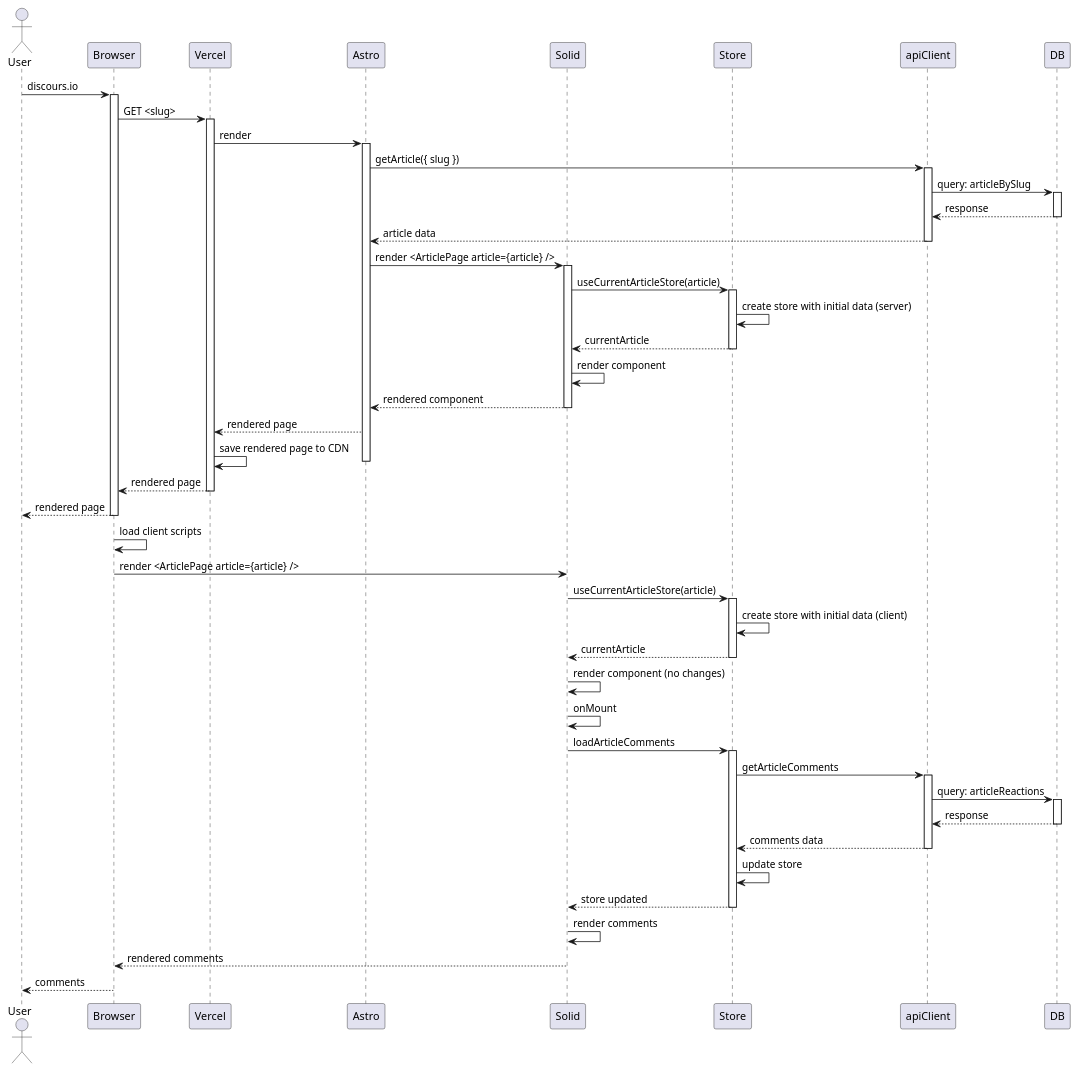
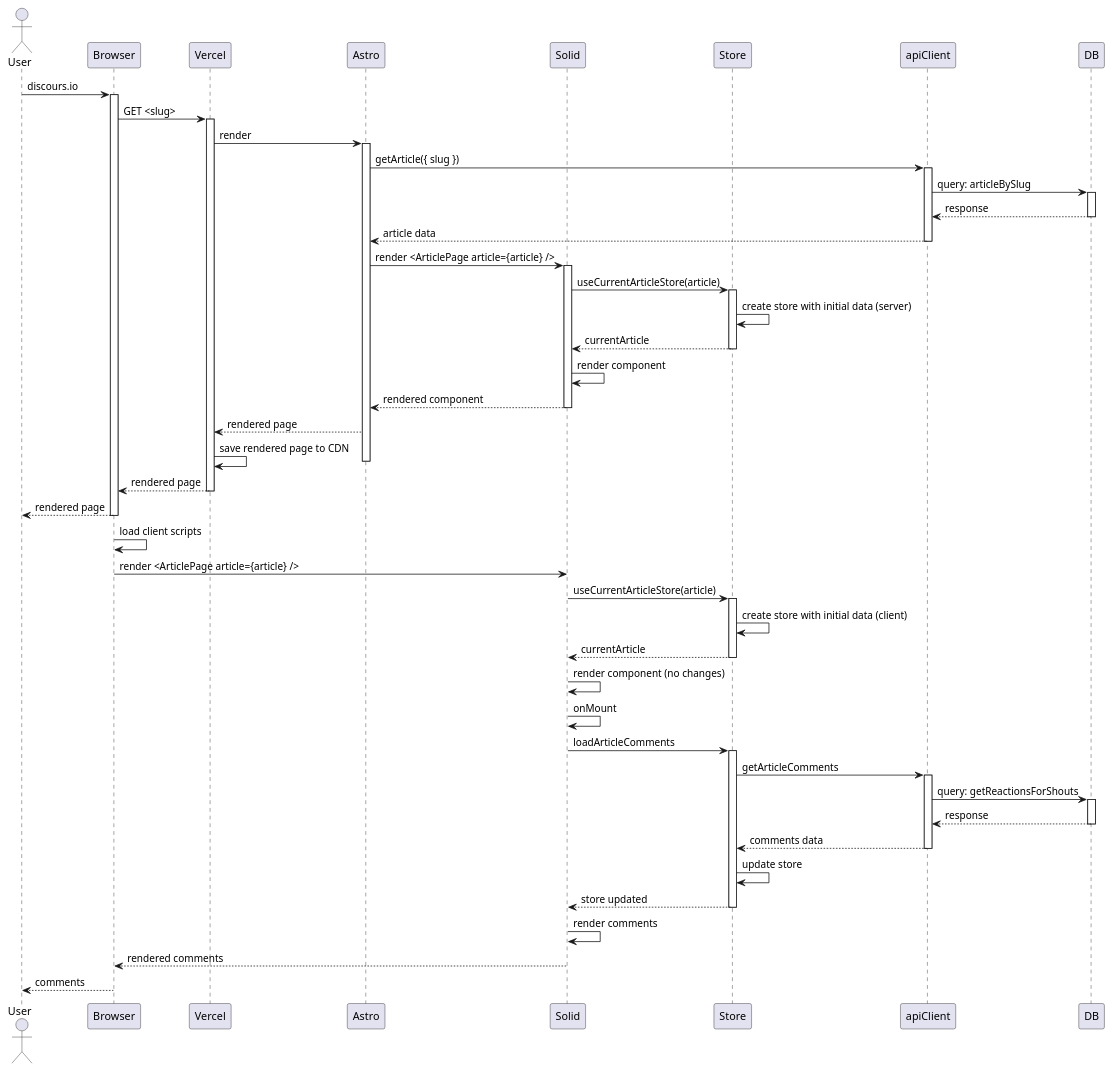
One commit to Discours/discoursio-webapp changed the diagram in docs/article.puml. Above: the diagram before and after it, drawn with PlantUML. The commit also changed 5 other files, not shown here.

```diff
--- a/docs/article.puml
+++ b/docs/article.puml
@@ -1,65 +1,65 @@
 @startuml
 actor User
 participant Browser
 participant Vercel
 participant Astro
 participant Solid
 participant Store
 
 User -> Browser: discours.io
 activate Browser
 Browser -> Vercel: GET <slug>
 activate Vercel
 Vercel -> Astro: render
 activate Astro
 Astro -> apiClient: getArticle({ slug })
 activate apiClient
 apiClient -> DB: query: articleBySlug
 activate DB
 DB --> apiClient: response
 deactivate DB
 apiClient --> Astro: article data
 deactivate apiClient
 Astro -> Solid: render <ArticlePage article={article} />
 activate Solid
 Solid -> Store: useCurrentArticleStore(article)
 activate Store
 Store -> Store: create store with initial data (server)
 Store --> Solid: currentArticle
 deactivate Store
 Solid -> Solid: render component
 Solid --> Astro: rendered component
 deactivate Solid
 Astro --> Vercel: rendered page
 Vercel -> Vercel: save rendered page to CDN
 deactivate Astro
 Vercel --> Browser: rendered page
 deactivate Vercel
 Browser --> User: rendered page
 deactivate Browser
 Browser -> Browser: load client scripts
 Browser -> Solid: render <ArticlePage article={article} />
 Solid -> Store: useCurrentArticleStore(article)
 activate Store
 Store -> Store: create store with initial data (client)
 Store --> Solid: currentArticle
 deactivate Store
 Solid -> Solid: render component (no changes)
 Solid -> Solid: onMount
 Solid -> Store: loadArticleComments
 activate Store
 Store -> apiClient: getArticleComments
 activate apiClient
-apiClient -> DB: query: articleReactions
+apiClient -> DB: query: getReactionsForShouts
 activate DB
 DB --> apiClient: response
 deactivate DB
 apiClient --> Store: comments data
 deactivate apiClient
 Store -> Store: update store
 Store --> Solid: store updated
 deactivate Store
 Solid -> Solid: render comments
 Solid --> Browser: rendered comments
 Browser --> User: comments
 @enduml
```
